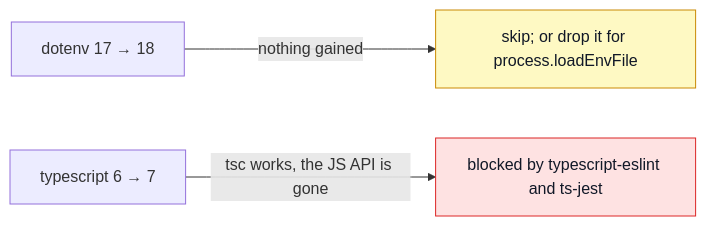
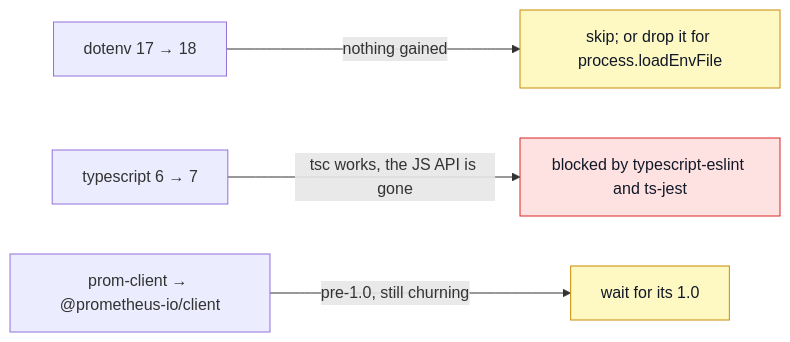
One commit to Guebbit/boilerplate-node-backend changed the diagram in docs/tools/pending-major-upgrades.md. Above: the diagram before and after it, drawn with Mermaid. The commit also changed other lines of this file, not shown here.

Commit message:
docs(deps): drop the nodemailer probe, park prom-client's successor until 1.0

````diff
--- a/docs/tools/pending-major-upgrades.md
+++ b/docs/tools/pending-major-upgrades.md
@@ -8,10 +9,12 @@
 ```mermaid
 flowchart LR
     DE["dotenv 17 → 18"] -->|"nothing gained"| DEW["skip; or drop it for process.loadEnvFile"]
     TS["typescript 6 → 7"] -->|"tsc works, the JS API is gone"| TSW["blocked by typescript-eslint and ts-jest"]
 
+    PC["prom-client → @prometheus-io/client"] -->|"pre-1.0, still churning"| PCW["wait for its 1.0"]
+
     classDef skip fill:#fef9c3,stroke:#ca8a04,color:#111827;
     classDef block fill:#fee2e2,stroke:#dc2626,color:#111827;
-    class DEW skip;
+    class DEW,PCW skip;
     class TSW block;
 ```
````
